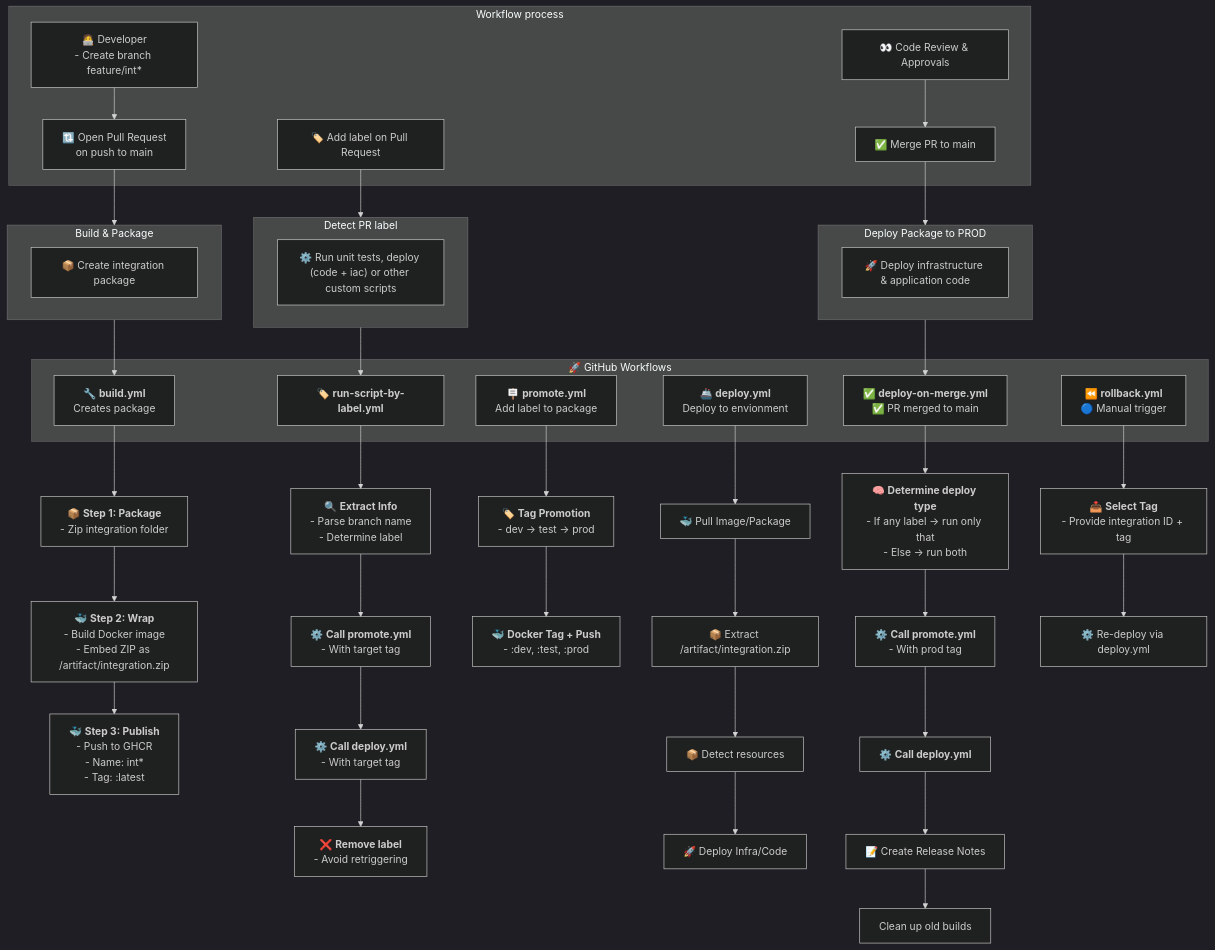
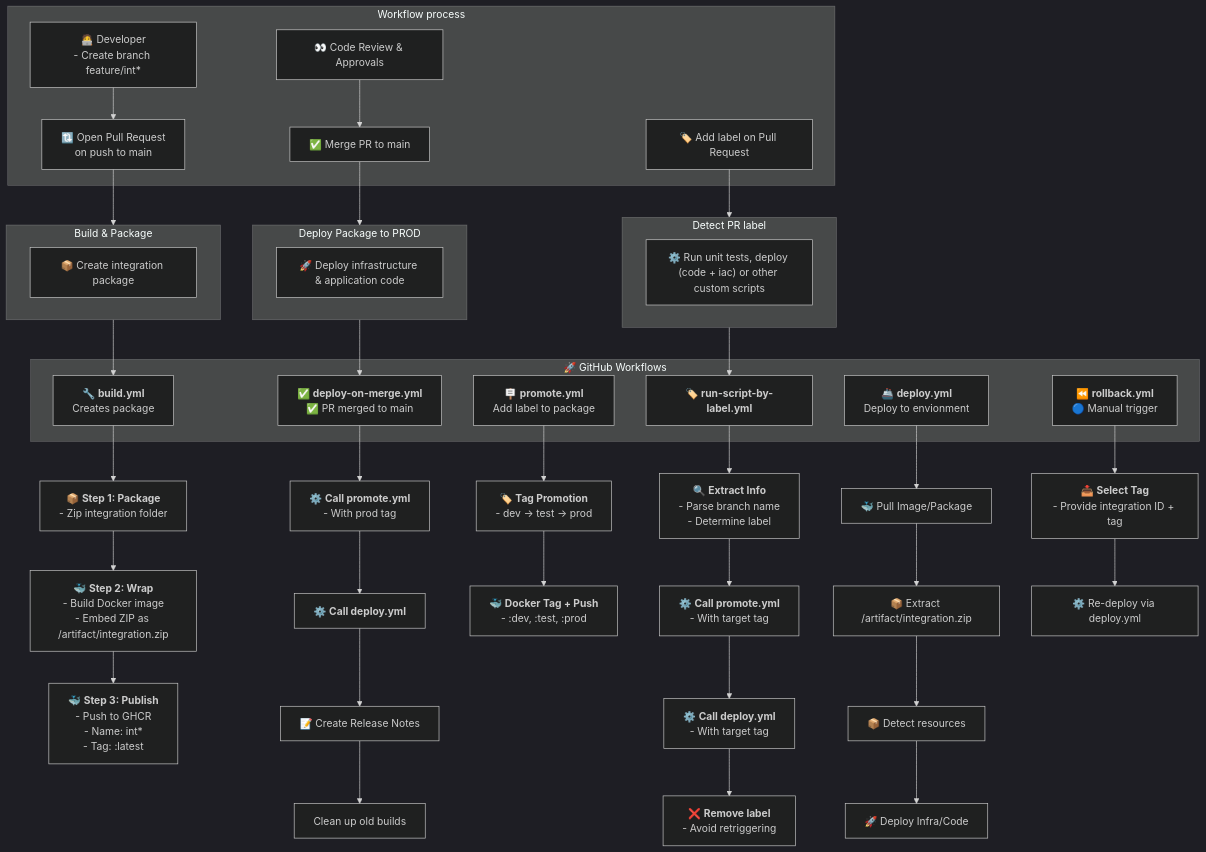
The first of 3 diagrams in README.md (antonidag/radius), drawn with Mermaid (dark theme) before and after one commit.

Commit message:
docs: minor mermaid edit

````diff
--- a/README.md
+++ b/README.md
@@ -1,81 +1,80 @@
 ```mermaid
 flowchart TD
 
   %% Developer steps
   subgraph WORKPROCESS["Workflow process"]
       %% Developer & Git Process (Top vertical)
     WP1["🧑‍💻 Developer<br>- Create branch feature/int*"]
     WP2["🔃 Open Pull Request <br>on push to main"]
     WP5["🏷️ Add label on Pull Request"]
     WP3["👀 Code Review & Approvals"]
     WP4["✅ Merge PR to main"]
   end
 
   %% Build Phase
   subgraph WPBUILD["Build & Package"]
     B11["📦 Create integration package"]
   end
 
   %% Promotion Phase
   subgraph WPPROMOTE["Detect PR label"]
     P11["⚙️ Run unit tests, deploy (code + iac) or other custom scripts"]
   end
 
   %% Deploy Phase
   subgraph WPDEPLOY["Deploy Package to PROD"]
     D32["🚀 Deploy infrastructure & application code"]
 
   end
   WP1 --> WP2
   WP2 --> WPBUILD
   WP5 --> WPPROMOTE
   WP3 --> WP4
   WP4 --> WPDEPLOY
   
   WPBUILD --> W1
   WPPROMOTE --> W5
   WPDEPLOY --> W6
 
   subgraph WORKFLOWS["🚀 GitHub Workflows"]
       W1["🔧 <b>build.yml</b><br> Creates package"]
       W2["🪧 <b>promote.yml</b><br>Add label to package"]
       W3["🚢 <b>deploy.yml</b><br>Deploy to envionment"]
       W5["🏷️ <b>run-script-by-label.yml</b><br>"]
       W6["✅ <b>deploy-on-merge.yml</b><br>✅ PR merged to main"]
       W4["⏪ <b>rollback.yml</b><br>🔵 Manual trigger"]
   end
 
   %% build.yml
   W1 --> B1["📦 <b>Step 1: Package</b><br>- Zip integration folder"]
   B1 --> B2["🐳 <b>Step 2: Wrap</b><br>- Build Docker image<br>- Embed ZIP as /artifact/integration.zip"]
   B2 --> B3["🐳 <b>Step 3: Publish</b><br>- Push to GHCR<br>- Name: int* <br>- Tag: :latest"]
 
 
   %% promote-by-label.yml
   W5 --> L1["🔍 <b>Extract Info</b><br>- Parse branch name<br>- Determine label"]
   L1 --> L2["⚙️  <b>Call promote.yml</b><br>- With target tag"]
   L2 --> L3["⚙️  <b>Call deploy.yml</b><br>- With target tag"]
   L3 --> L4["❌ <b>Remove label</b><br>- Avoid retriggering"]
 
   %% promote.yml
   W2 --> P1["🏷️ <b>Tag Promotion</b><br>- dev → test → prod"]
   P1 --> P2["🐳 <b>Docker Tag + Push</b><br>- :dev, :test, :prod"]
 
 
     %% deploy.yml
   W3 --> D1["🐳 Pull Image/Package"]
   D1 --> D2["📦 Extract /artifact/integration.zip"]
   D2 --> D3["📦 Detect resources"]
   D3 --> D4["🚀 Deploy Infra/Code"]
 
   %% deploy-on-merge.yml
-  W6 --> M1["🧠 <b>Determine deploy type</b><br>- If any label → run only that<br>- Else → run both"]
-  M1 --> M2["⚙️ <b>Call promote.yml</b><br>- With prod tag"]
+  W6 --> M2["⚙️ <b>Call promote.yml</b><br>- With prod tag"]
   M2 --> M3["⚙️ <b>Call deploy.yml</b>"]
   M3 --> M4["📝 Create Release Notes"]
   M4 --> M5["Clean up old builds"]
 
     %% rollback.yml
   W4 --> R1["📥 <b>Select Tag</b><br>- Provide integration ID + tag"]
   R1 --> R2["⚙️ Re-deploy via deploy.yml"]
 ```
````
